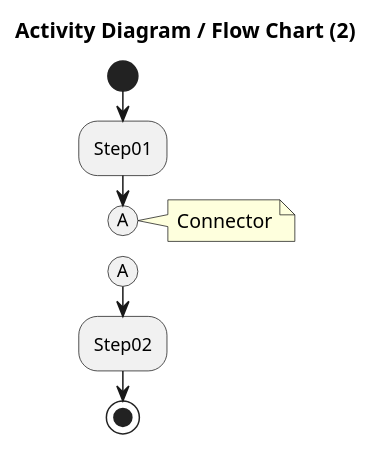
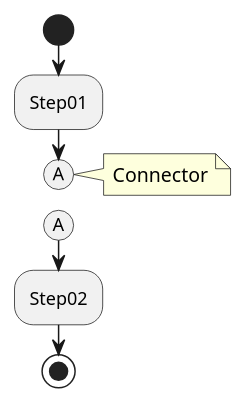
One commit to chraxo/UmlMarkdownCheatSheet changed diagram 22 of 33 in uml_markdown_summary.md. Above: the diagram before and after it, drawn with PlantUML. The commit also changed other lines of this file, not shown here.

```diff
--- a/uml_markdown_summary.md
+++ b/uml_markdown_summary.md
@@ -515,13 +641,11 @@
 @startuml
-title: Activity Diagram / Flow Chart (2)
-
 start
 :Step01;
 (A)
 detach
 note right: Connector
 
 (A)
 :Step02;
 stop
 @enduml
```
